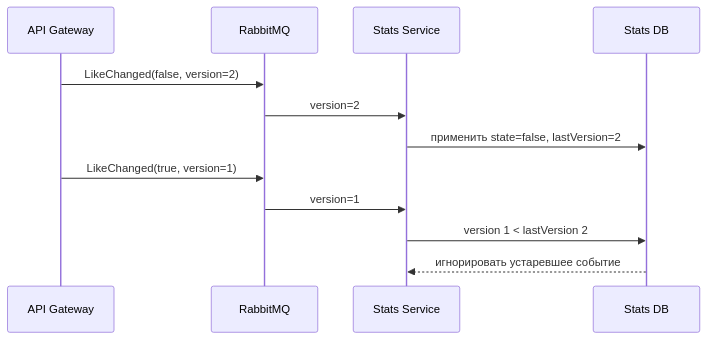
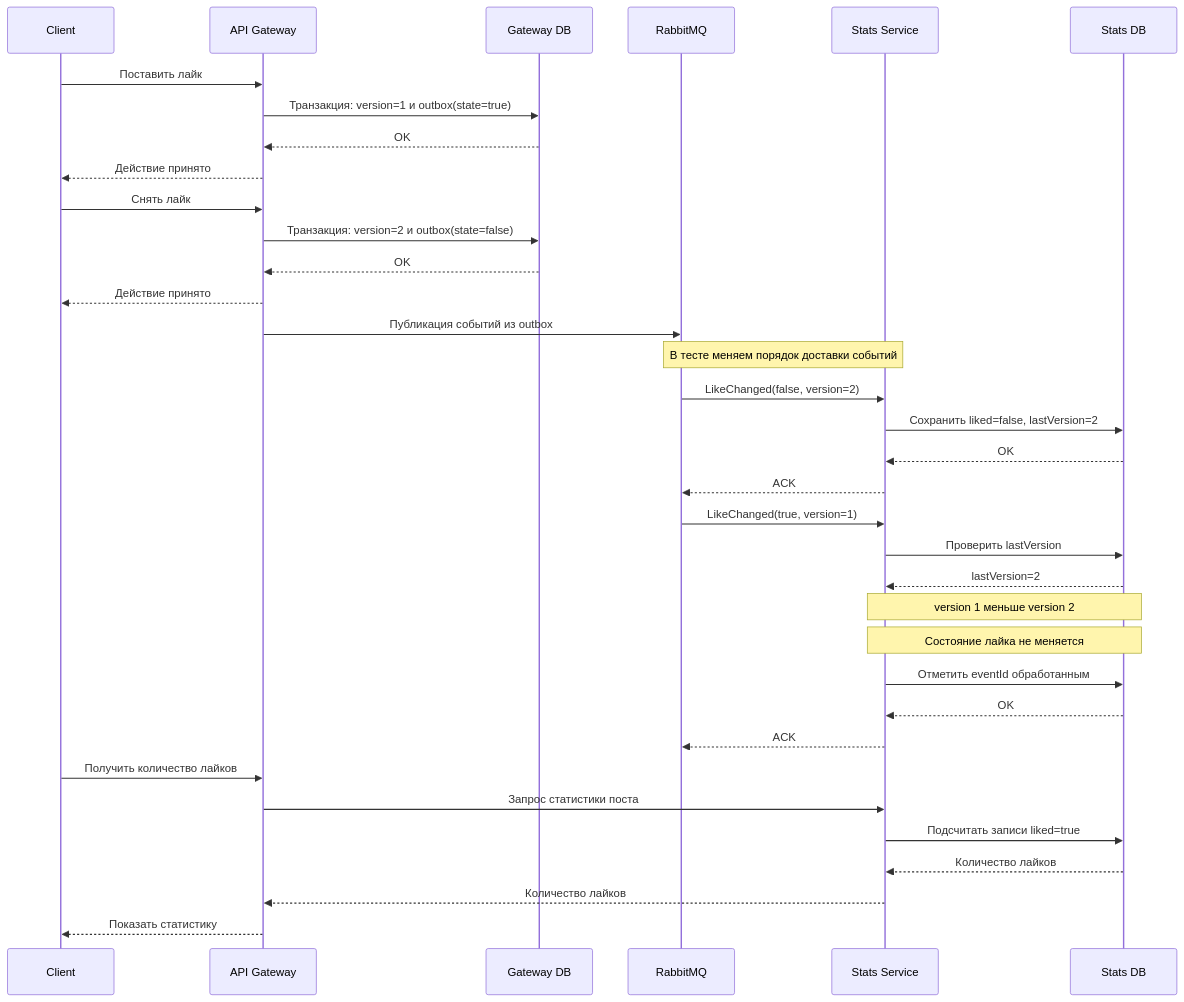
One commit to spbu-ds-practicum-2026/brigada changed the fifth of 5 diagrams in docs/tr.md. Above: the diagram before and after it, drawn with Mermaid. The commit also changed other lines of this file, not shown here.

Commit message:
Update tr.md
Исправили обработку лайков и порядка событий

````diff
--- a/docs/tr.md
+++ b/docs/tr.md
@@ -554,15 +560,46 @@
-~~~mermaid
+```mermaid
 sequenceDiagram
+    participant Client
     participant Gateway as API Gateway
+    participant GatewayDB as Gateway DB
     participant Broker as RabbitMQ
     participant Stats as Stats Service
     participant StatsDB as Stats DB
 
-    Gateway->>Broker: LikeChanged(false, version=2)
-    Broker->>Stats: version=2
-    Stats->>StatsDB: применить state=false, lastVersion=2
-    Gateway->>Broker: LikeChanged(true, version=1)
-    Broker->>Stats: version=1
-    Stats->>StatsDB: version 1 < lastVersion 2
-    StatsDB-->>Stats: игнорировать устаревшее событие
-~~~
+    Client->>Gateway: Поставить лайк
+    Gateway->>GatewayDB: Транзакция: version=1 и outbox(state=true)
+    GatewayDB-->>Gateway: OK
+    Gateway-->>Client: Действие принято
+
+    Client->>Gateway: Снять лайк
+    Gateway->>GatewayDB: Транзакция: version=2 и outbox(state=false)
+    GatewayDB-->>Gateway: OK
+    Gateway-->>Client: Действие принято
+
+    Gateway->>Broker: Публикация событий из outbox
+
+    Note over Broker,Stats: В тесте меняем порядок доставки событий
+
+    Broker->>Stats: LikeChanged(false, version=2)
+    Stats->>StatsDB: Сохранить liked=false, lastVersion=2
+    StatsDB-->>Stats: OK
+    Stats-->>Broker: ACK
+
+    Broker->>Stats: LikeChanged(true, version=1)
+    Stats->>StatsDB: Проверить lastVersion
+    StatsDB-->>Stats: lastVersion=2
+
+    Note over Stats,StatsDB: version 1 меньше version 2
+    Note over Stats,StatsDB: Состояние лайка не меняется
+
+    Stats->>StatsDB: Отметить eventId обработанным
+    StatsDB-->>Stats: OK
+    Stats-->>Broker: ACK
+
+    Client->>Gateway: Получить количество лайков
+    Gateway->>Stats: Запрос статистики поста
+    Stats->>StatsDB: Подсчитать записи liked=true
+    StatsDB-->>Stats: Количество лайков
+    Stats-->>Gateway: Количество лайков
+    Gateway-->>Client: Показать статистику
+```
````
